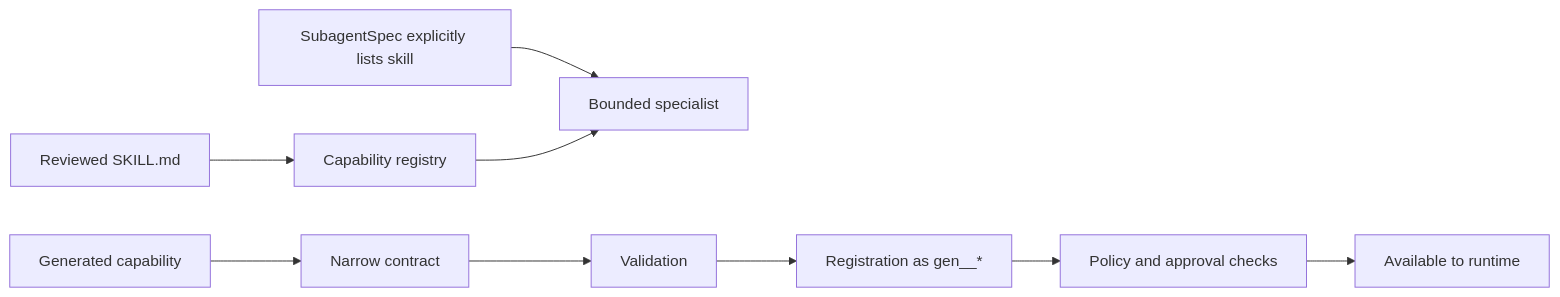
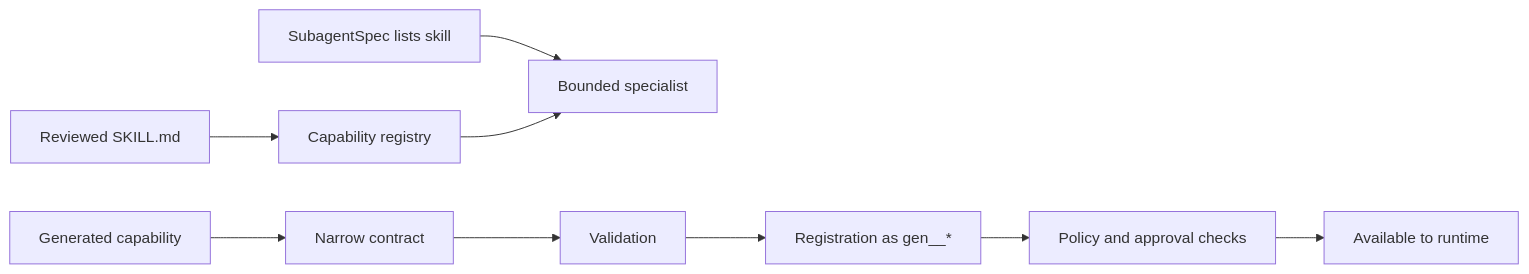
One commit to PrinceOfPwn/Munin changed the eighth of 8 diagrams in README.md. Above: the diagram before and after it, drawn with Mermaid. The commit also changed other lines of this file, not shown here.

````diff
--- a/README.md
+++ b/README.md
@@ -309,12 +306,11 @@
 ```mermaid
 flowchart LR
     Skill[Reviewed SKILL.md] --> Registry[Capability registry]
-    Spec[SubagentSpec explicitly lists skill] --> Specialist[Bounded specialist]
+    Spec[SubagentSpec lists skill] --> Specialist[Bounded specialist]
     Registry --> Specialist
-
     Draft[Generated capability] --> Contract[Narrow contract]
     Contract --> Validation[Validation]
     Validation --> Registration[Registration as gen__*]
     Registration --> Policy[Policy and approval checks]
     Policy --> Runtime[Available to runtime]
 ```
````
